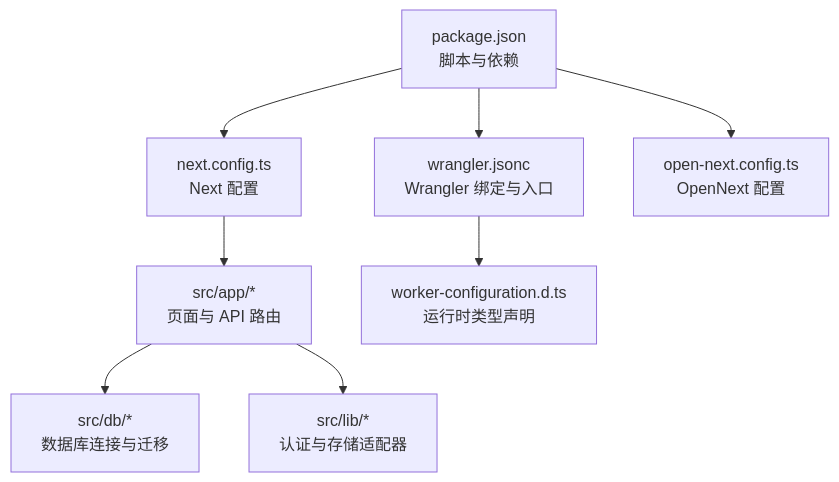
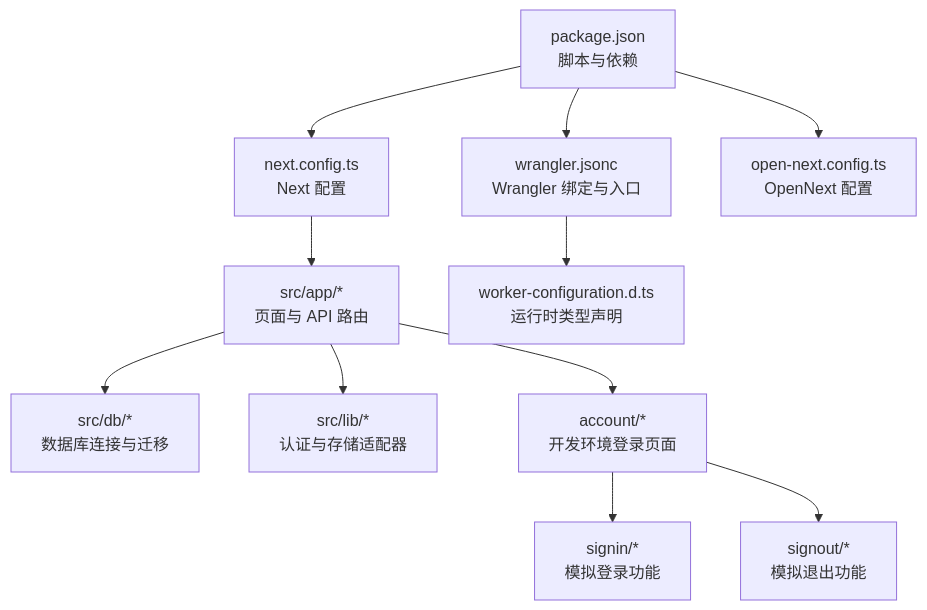
The first of 7 diagrams in .qoder/repowiki/zh/content/部署指南/开发环境搭建.md (pnnh/weable), drawn with Mermaid before and after one commit. The commit also changed other lines of this file and 161 other files, not shown here.

````diff
--- a/.qoder/repowiki/zh/content/部署指南/开发环境搭建.md
+++ b/.qoder/repowiki/zh/content/部署指南/开发环境搭建.md
@@ -43,10 +57,13 @@
 ```mermaid
 graph TB
 A["package.json<br/>脚本与依赖"] --> B["next.config.ts<br/>Next 配置"]
 A --> C["wrangler.jsonc<br/>Wrangler 绑定与入口"]
 A --> D["open-next.config.ts<br/>OpenNext 配置"]
 B --> E["src/app/*<br/>页面与 API 路由"]
 E --> F["src/db/*<br/>数据库连接与迁移"]
 E --> G["src/lib/*<br/>认证与存储适配器"]
 C --> H["worker-configuration.d.ts<br/>运行时类型声明"]
+E --> I["account/*<br/>开发环境登录页面"]
+I --> J["signin/*<br/>模拟登录功能"]
+I --> K["signout/*<br/>模拟退出功能"]
 ```
````
